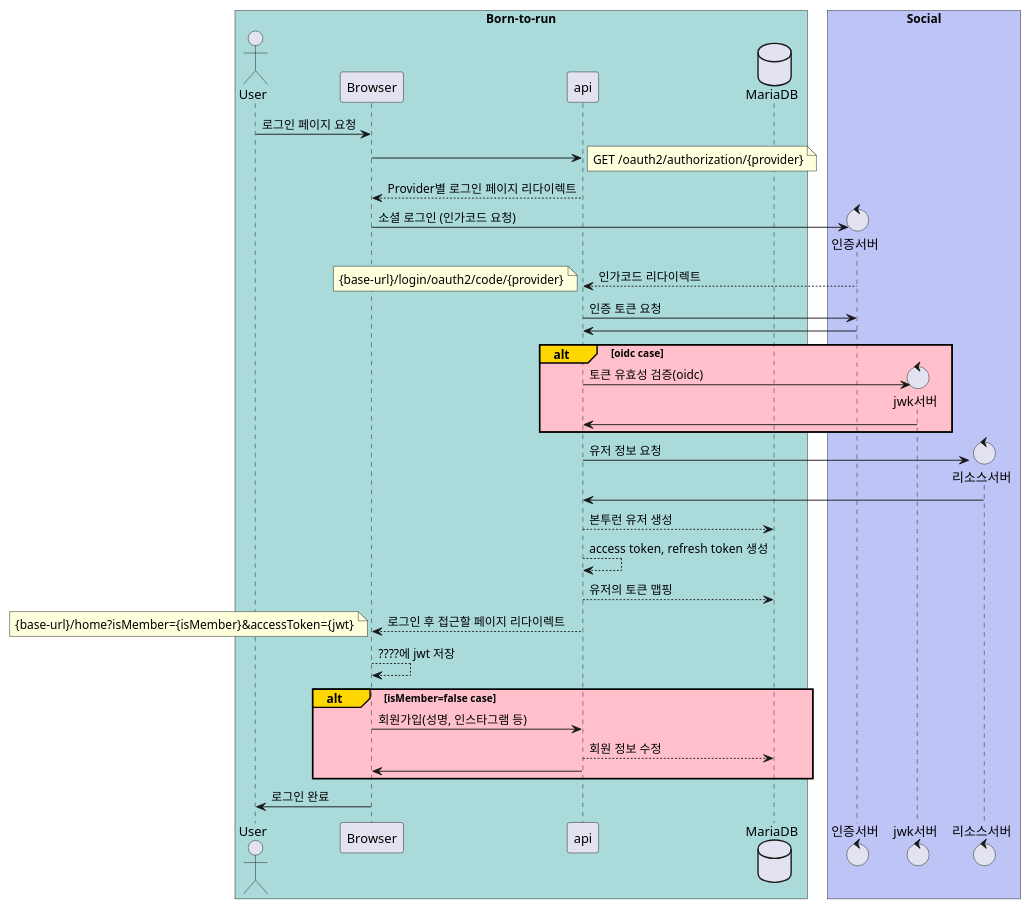
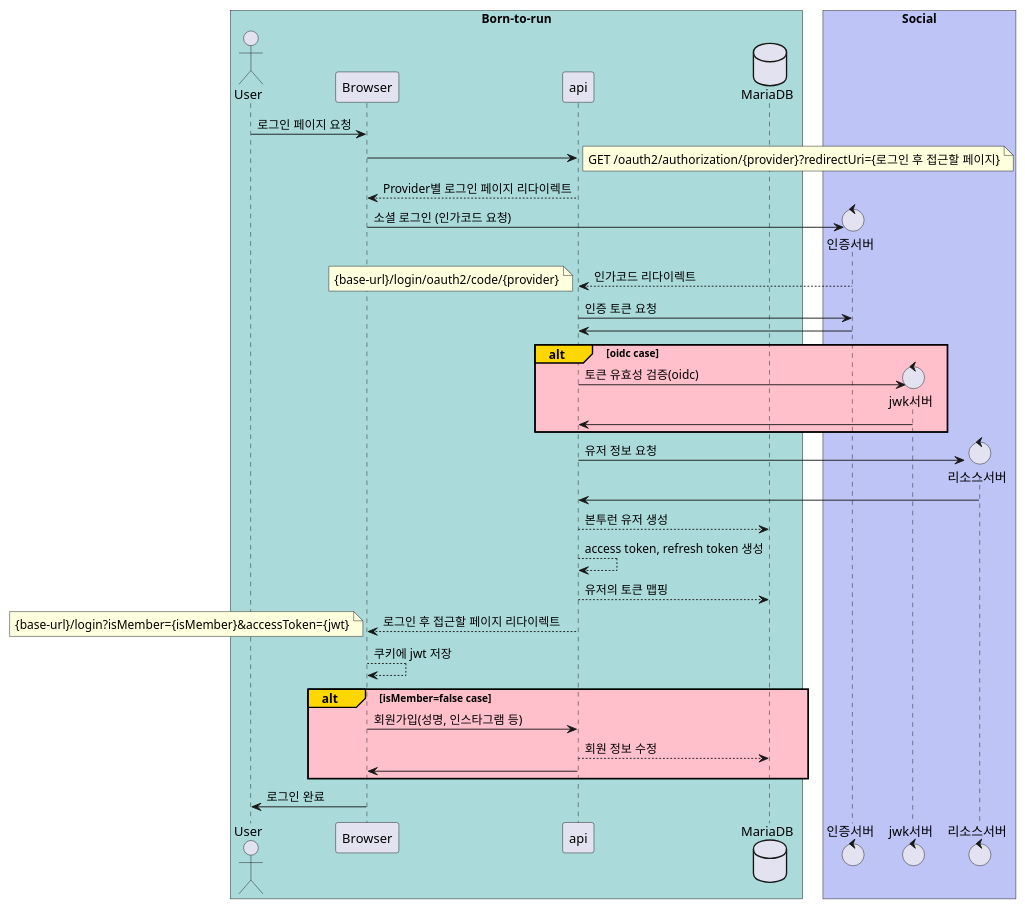
The diagram in docs/oauth2.puml (Born-toRun/api-kotlin), drawn with PlantUML before and after one commit. The commit also changed 1 other file, not shown here.

Commit message:
docs: Born-to-run.http 파일 삭제 docs: oauth2.puml 파일의 리다이렉트 URI 및 JWT 저장 방식 수정
Born-to-run.http 파일은 더 이상 필요하지 않거나
유지보수 대상이 아니므로 삭제함.
oauth2.puml 파일에서는 로그인 후 리다이렉트 URI를
명확히 하고, JWT 저장 방식을 쿠키로 변경하여
보안성을 강화함.

```diff
--- a/docs/oauth2.puml
+++ b/docs/oauth2.puml
@@ -1,60 +1,60 @@
 @startuml
 skinparam ParticipantPadding 20
 skinparam BoxPadding 10
 
 box "Born-to-run" #ABDADB
 actor       User        as u
 participant Browser     as fe
 participant api         as be
 database    MariaDB    as db
 end box
 
 u -> fe: 로그인 페이지 요청
 fe -> be
 note right
-  GET /oauth2/authorization/{provider}
+  GET /oauth2/authorization/{provider}?redirectUri={로그인 후 접근할 페이지}
 end note
 fe <-- be: Provider별 로그인 페이지 리다이렉트
 
 box "Social" #BEC4F5
 create control 인증서버 as auth
 fe -> auth: 소셜 로그인 (인가코드 요청)
 
 be <-- auth: 인가코드 리다이렉트
 note left
   {base-url}/login/oauth2/code/{provider}
 end note
 
 be -> auth: 인증 토큰 요청
 be <- auth
 
 alt#Gold #Pink oidc case
     create control jwk서버 as jwk
     be -> jwk: 토큰 유효성 검증(oidc)
     be <- jwk
 end
 
 create control 리소스서버 as resource
 be -> resource: 유저 정보 요청
 be <- resource
 
 be --> db: 본투런 유저 생성
 be --> be: access token, refresh token 생성
 be --> db: 유저의 토큰 맵핑
 be --> fe: 로그인 후 접근할 페이지 리다이렉트
 
 note left
-  {base-url}/home?isMember={isMember}&accessToken={jwt}
+  {base-url}/login?isMember={isMember}&accessToken={jwt}
 end note
 
 'vue.js에서는 보통 mutations로 jwt를 관리함
-fe --> fe: ????에 jwt 저장
+fe --> fe: 쿠키에 jwt 저장
 alt#Gold #Pink isMember=false case
     fe -> be: 회원가입(성명, 인스타그램 등)
     be --> db: 회원 정보 수정
     fe <- be
 end
 u <- fe: 로그인 완료
 
 end box
 @enduml
```
